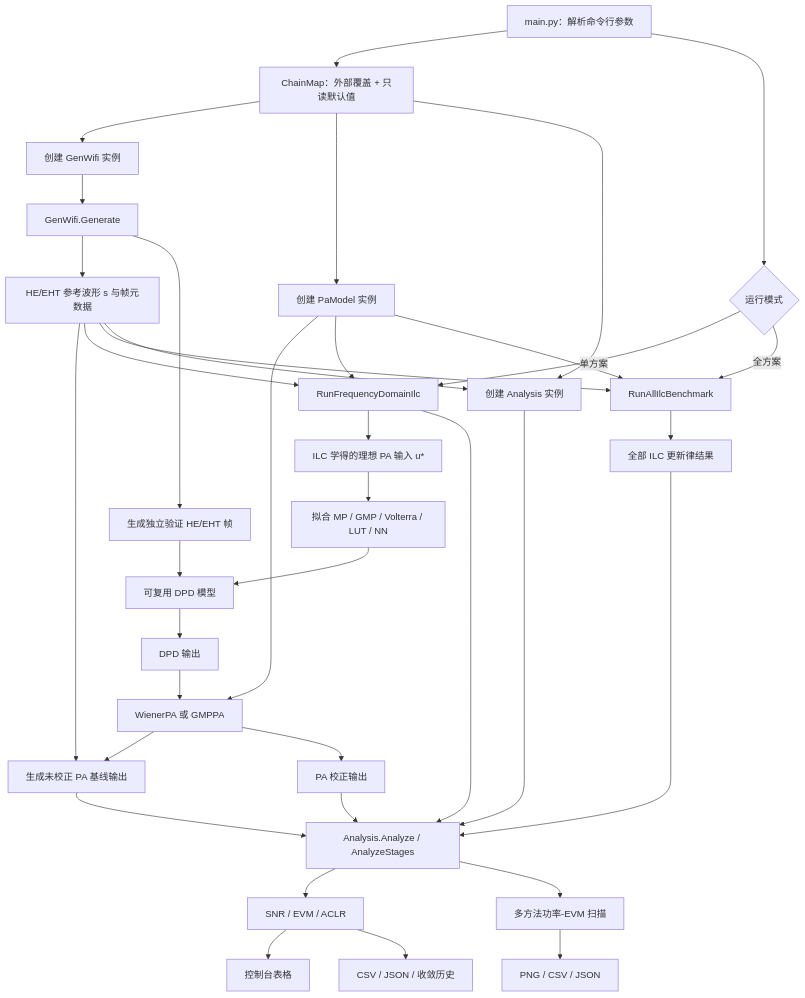
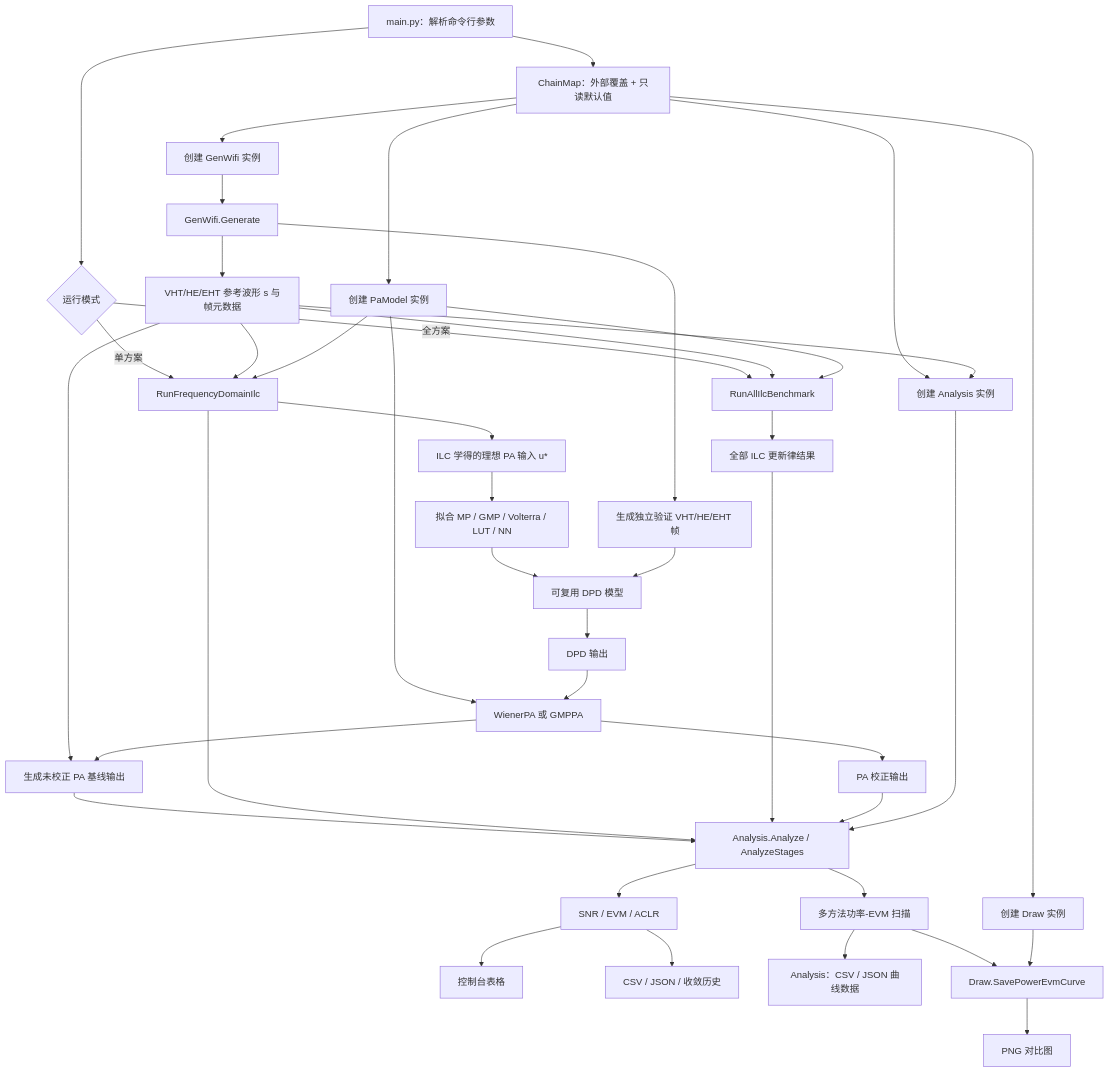
One commit to niyilu45/DPD_ILC changed the first of 10 diagrams in README.md. Above: the diagram before and after it, drawn with Mermaid. The commit also changed other lines of this file and 13 other files, not shown here.

Commit message:
Expand VHT HE EHT DPD-ILC simulation

````diff
--- a/README.md
+++ b/README.md
@@ -39,44 +40,48 @@
 ```mermaid
 flowchart TD
     start["main.py：解析命令行参数"] --> configChain["ChainMap：外部覆盖 + 只读默认值"]
     configChain --> wifiGenerator["创建 GenWifi 实例"]
     wifiGenerator --> waveGen["GenWifi.Generate"]
-    waveGen --> reference["HE/EHT 参考波形 s 与帧元数据"]
+    waveGen --> reference["VHT/HE/EHT 参考波形 s 与帧元数据"]
 
     configChain --> paModel["创建 PaModel 实例"]
     paModel --> paImplementation["WienerPA 或 GMPPA"]
     reference --> baseline["生成未校正 PA 基线输出"]
     paImplementation --> baseline
 
     start --> mode{"运行模式"}
     mode -->|单方案| frequencyIlc["RunFrequencyDomainIlc"]
     mode -->|全方案| benchmark["RunAllIlcBenchmark"]
     reference --> frequencyIlc
     paModel --> frequencyIlc
     reference --> benchmark
     paModel --> benchmark
 
     frequencyIlc --> learnedInput["ILC 学得的理想 PA 输入 u*"]
     benchmark --> variantResults["全部 ILC 更新律结果"]
     learnedInput --> deployFit["拟合 MP / GMP / Volterra / LUT / NN"]
     deployFit --> deployedDpd["可复用 DPD 模型"]
 
-    waveGen --> validation["生成独立验证 HE/EHT 帧"]
+    waveGen --> validation["生成独立验证 VHT/HE/EHT 帧"]
     validation --> deployedDpd
     deployedDpd --> predistortedInput["DPD 输出"]
     predistortedInput --> paImplementation
     paImplementation --> correctedOutput["PA 校正输出"]
 
     configChain --> analysis["创建 Analysis 实例"]
     reference --> analysis
     baseline --> analysisMethod["Analysis.Analyze / AnalyzeStages"]
     frequencyIlc --> analysisMethod
     variantResults --> analysisMethod
     correctedOutput --> analysisMethod
     analysis --> analysisMethod
     analysisMethod --> metrics["SNR / EVM / ACLR"]
     analysisMethod --> powerCurve["多方法功率-EVM 扫描"]
     metrics --> console["控制台表格"]
     metrics --> files["CSV / JSON / 收敛历史"]
-    powerCurve --> curveFiles["PNG / CSV / JSON"]
+    powerCurve --> curveData["Analysis：CSV / JSON 曲线数据"]
+    configChain --> draw["创建 Draw 实例"]
+    powerCurve --> drawMethod["Draw.SavePowerEvmCurve"]
+    draw --> drawMethod
+    drawMethod --> curveFigure["PNG 对比图"]
 ```
````
